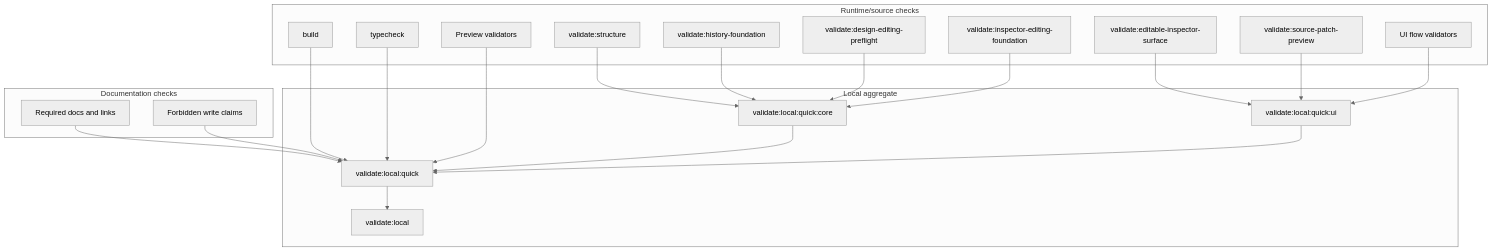
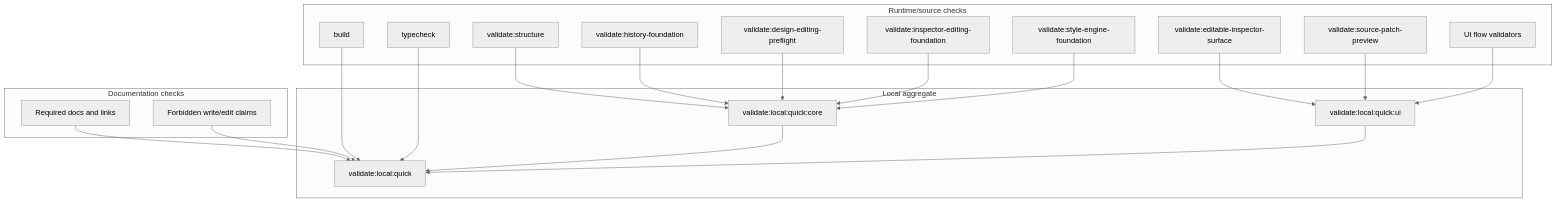
The diagram in docs/architecture/validation-system.md (krestosa/Crystal), drawn with Mermaid (neutral theme) before and after one commit. The commit also changed other lines of this file, not shown here.

Commit message:
Document style engine source inventory foundation

````diff
--- a/docs/architecture/validation-system.md
+++ b/docs/architecture/validation-system.md
@@ -91,43 +73,41 @@
 ```mermaid
 flowchart TD
   subgraph Docs[Documentation checks]
     DocsShape[Required docs and links]
-    Claims[Forbidden write claims]
+    Claims[Forbidden write/edit claims]
   end
 
   subgraph Runtime[Runtime/source checks]
     Build[build]
     Typecheck[typecheck]
     Structure[validate:structure]
-    Preview[Preview validators]
     SourcePatch[validate:source-patch-preview]
     History[validate:history-foundation]
     DesignEditing[validate:design-editing-preflight]
     InspectorEditing[validate:inspector-editing-foundation]
     EditableSurface[validate:editable-inspector-surface]
+    StyleEngine[validate:style-engine-foundation]
     UI[UI flow validators]
   end
 
   subgraph Aggregate[Local aggregate]
     QuickCore[validate:local:quick:core]
     QuickUI[validate:local:quick:ui]
     Quick[validate:local:quick]
-    Full[validate:local]
   end
 
   DocsShape --> Quick
   Claims --> Quick
   Structure --> QuickCore
   History --> QuickCore
   DesignEditing --> QuickCore
   InspectorEditing --> QuickCore
+  StyleEngine --> QuickCore
   EditableSurface --> QuickUI
+  SourcePatch --> QuickUI
+  UI --> QuickUI
   Build --> Quick
   Typecheck --> Quick
-  Preview --> Quick
-  SourcePatch --> QuickUI
-  UI --> QuickUI
   QuickCore --> Quick
   QuickUI --> Quick
-  Quick --> Full
 ```
````
